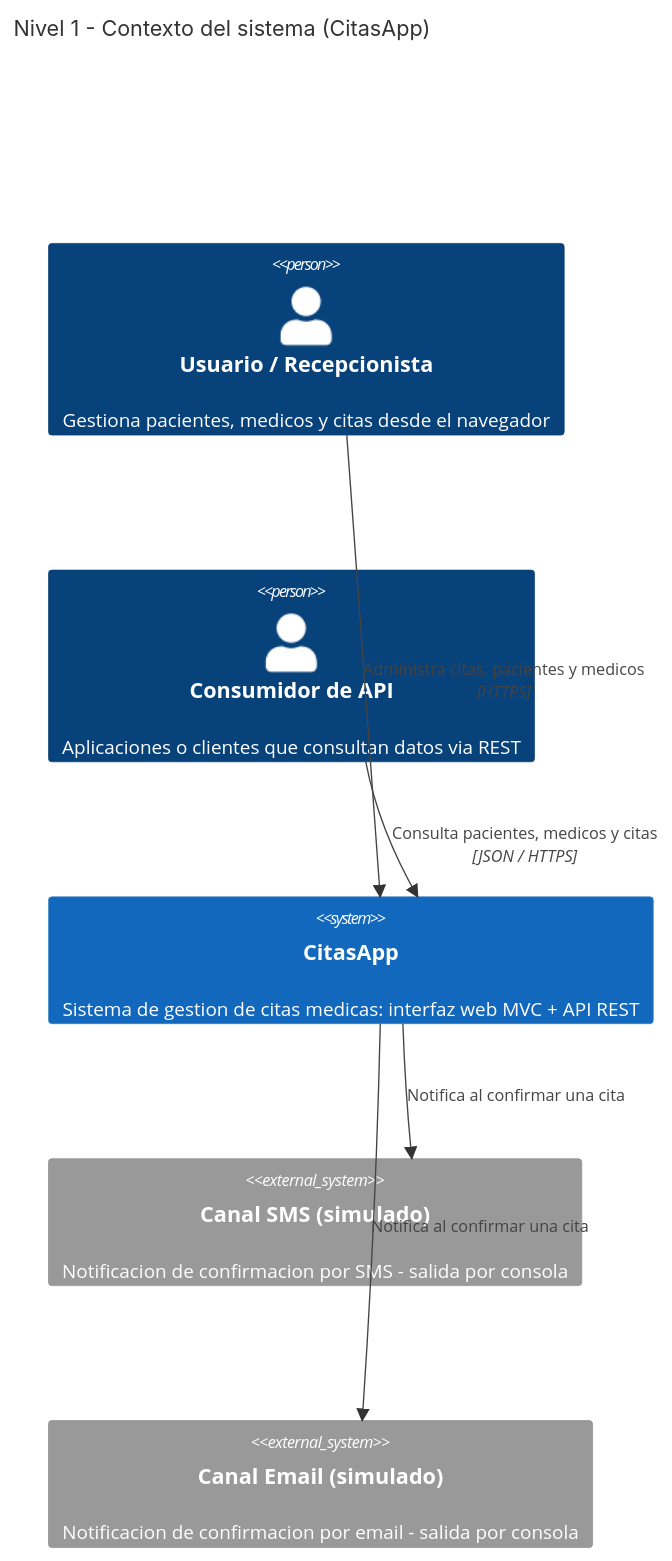
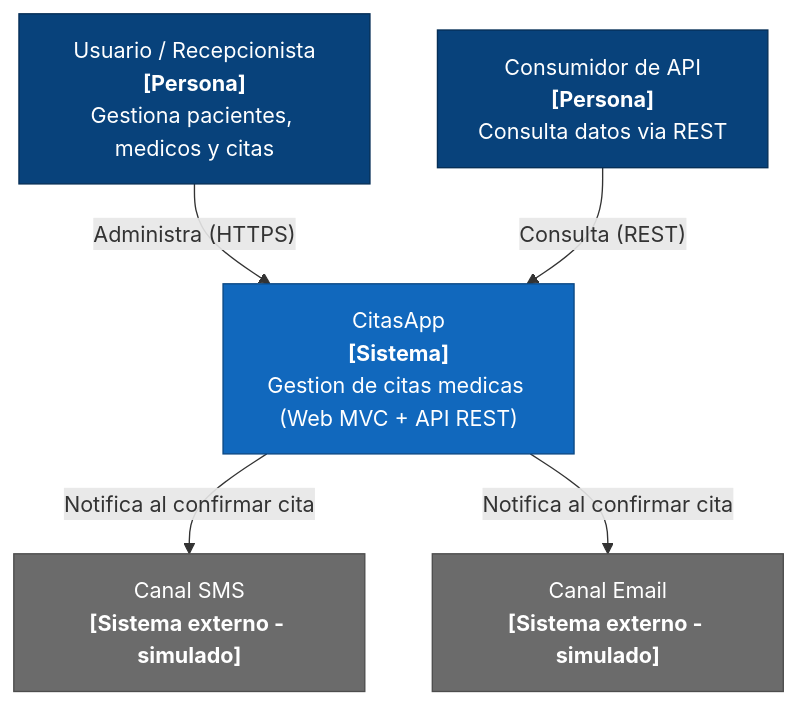
One commit to Cab5ter/ArqSoft-S05-LeonardoB changed the first of 8 diagrams in docs/DIAGRAMAS.md. Above: the diagram before and after it, drawn with Mermaid. The commit also changed other lines of this file and 1 other file, not shown here.

Commit message:
UPDATE C4 diagrams: render with styled flowchart instead of experimental Mermaid C4 for a cleaner layout

````diff
--- a/docs/DIAGRAMAS.md
+++ b/docs/DIAGRAMAS.md
@@ -30,19 +34,20 @@
 ```mermaid
-C4Context
-    title Nivel 1 - Contexto del sistema (CitasApp)
+flowchart TB
+    usuario["Usuario / Recepcionista<br/><b>[Persona]</b><br/>Gestiona pacientes, medicos y citas"]
+    consumidor["Consumidor de API<br/><b>[Persona]</b><br/>Consulta datos via REST"]
+    citasapp["CitasApp<br/><b>[Sistema]</b><br/>Gestion de citas medicas (Web MVC + API REST)"]
+    sms["Canal SMS<br/><b>[Sistema externo - simulado]</b>"]
+    email["Canal Email<br/><b>[Sistema externo - simulado]</b>"]
 
-    Person(usuario, "Usuario / Recepcionista", "Gestiona pacientes, medicos y citas desde el navegador")
-    Person(consumidor, "Consumidor de API", "Aplicaciones o clientes que consultan datos via REST")
+    usuario -->|"Administra (HTTPS)"| citasapp
+    consumidor -->|"Consulta (REST)"| citasapp
+    citasapp -->|"Notifica al confirmar cita"| sms
+    citasapp -->|"Notifica al confirmar cita"| email
 
-    System(citasapp, "CitasApp", "Sistema de gestion de citas medicas: interfaz web MVC + API REST")
-
-    System_Ext(sms, "Canal SMS (simulado)", "Notificacion de confirmacion por SMS - salida por consola")
-    System_Ext(email, "Canal Email (simulado)", "Notificacion de confirmacion por email - salida por consola")
-
-    Rel(usuario, citasapp, "Administra citas, pacientes y medicos", "HTTPS")
-    Rel(consumidor, citasapp, "Consulta pacientes, medicos y citas", "JSON / HTTPS")
-    Rel(citasapp, sms, "Notifica al confirmar una cita")
-    Rel(citasapp, email, "Notifica al confirmar una cita")
-
-    UpdateLayoutConfig($c4ShapeInRow="2", $c4BoundaryInRow="1")
+    classDef person fill:#08427b,stroke:#052e56,color:#fff
+    classDef system fill:#1168bd,stroke:#0b4884,color:#fff
+    classDef ext fill:#6b6b6b,stroke:#4d4d4d,color:#fff
+    class usuario,consumidor person
+    class citasapp system
+    class sms,email ext
 ```
````
